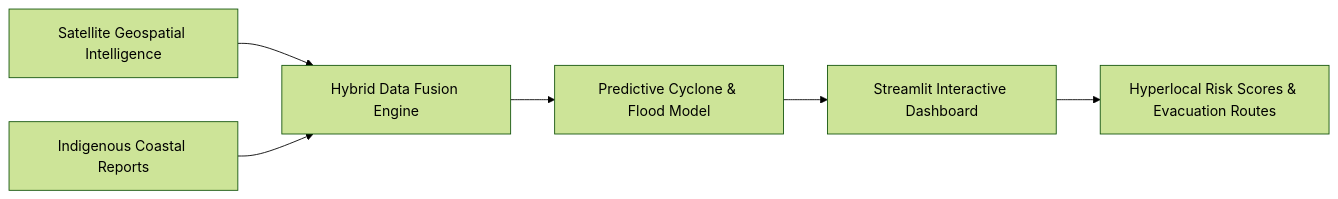
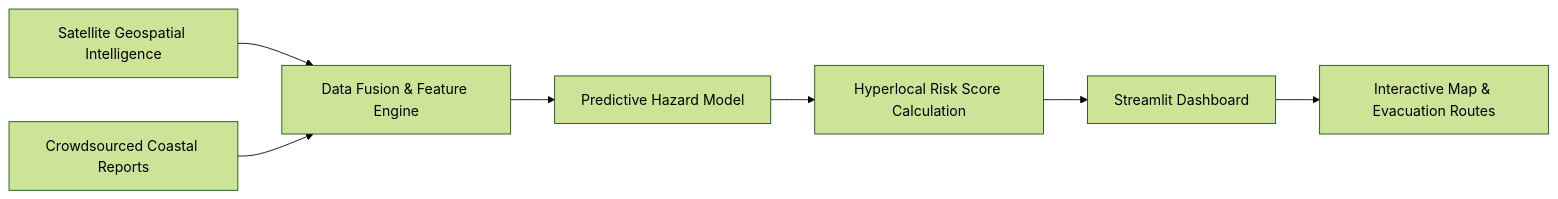
Before and after one commit to KrishnaKanhaiya1/CoastGuardAI: the diagram in README.md, drawn with Mermaid (forest theme). The commit also changed other lines of this file, not shown here.

````diff
--- a/README.md
+++ b/README.md
@@ -19,8 +25,11 @@
 ```mermaid
-graph LR
-    Sat[Satellite Geospatial Intelligence] --> Fusion[Hybrid Data Fusion Engine]
-    Community[Indigenous Coastal Reports] --> Fusion
-    Fusion --> ML[Predictive Cyclone & Flood Model]
-    ML --> UI[Streamlit Interactive Dashboard]
-    UI --> Alert[Hyperlocal Risk Scores & Evacuation Routes]
+flowchart LR
+    SatData[Satellite Geospatial Intelligence] --> FusionEngine[Data Fusion & Feature Engine]
+    CommunityData[Crowdsourced Coastal Reports] --> FusionEngine
+    
+    FusionEngine --> HazardModel[Predictive Hazard Model]
+    HazardModel --> RiskScore[Hyperlocal Risk Score Calculation]
+    
+    RiskScore --> UI[Streamlit Dashboard]
+    UI --> MapView[Interactive Map & Evacuation Routes]
 ```
````
